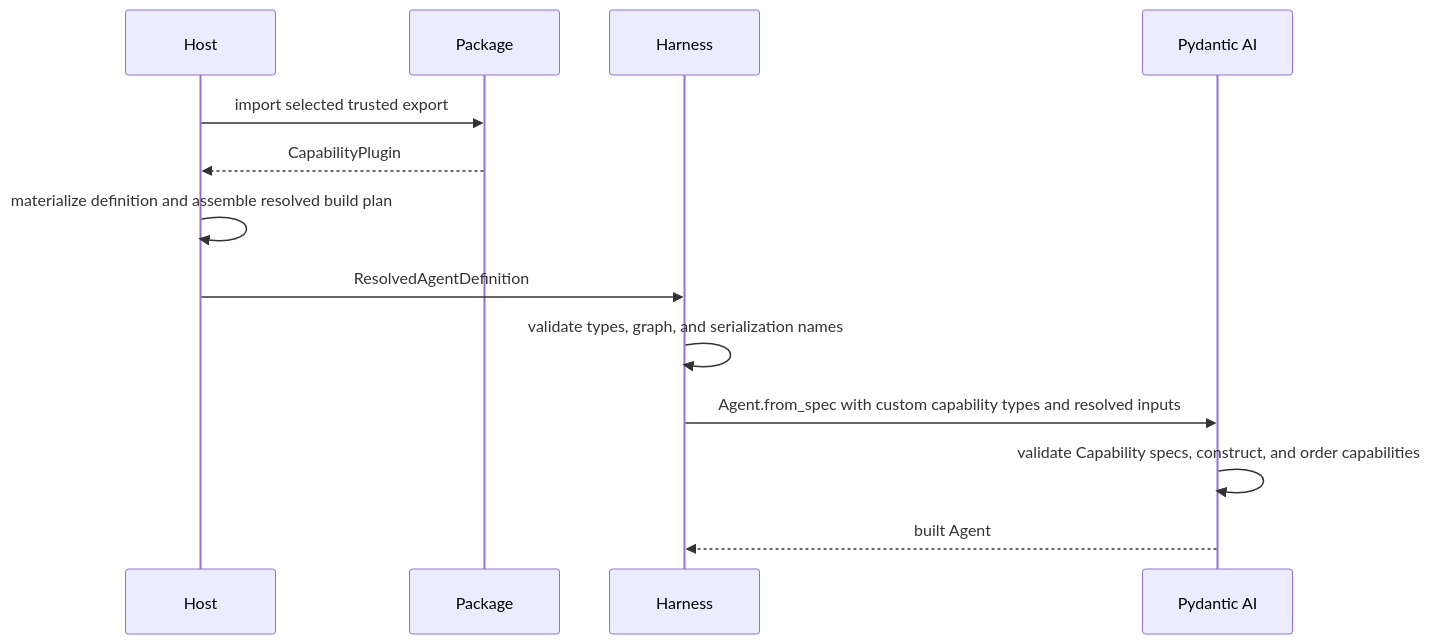
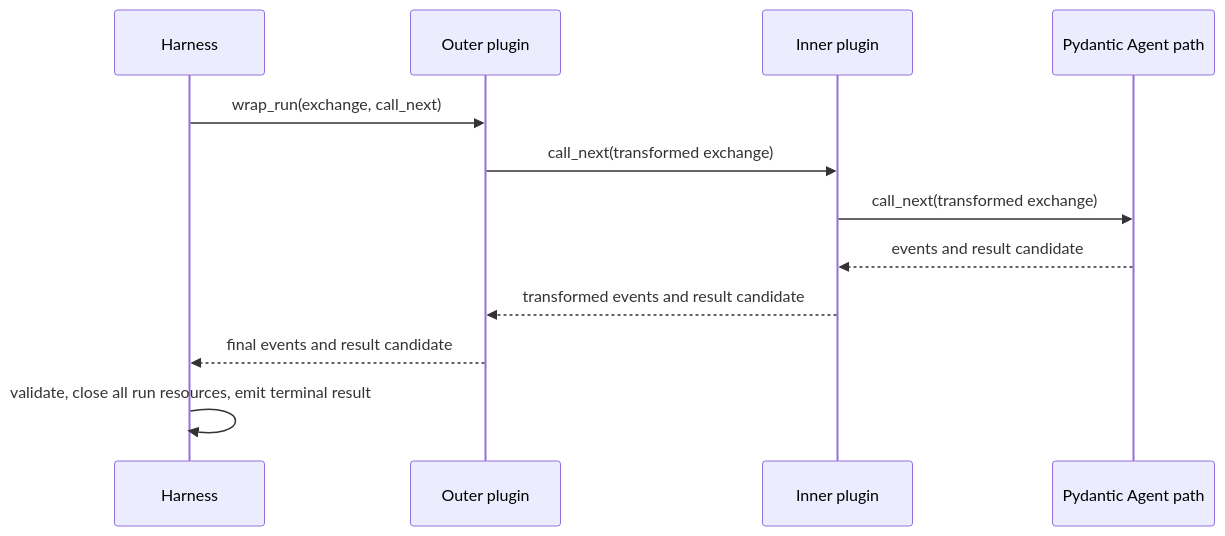
One commit to LTThreeComma/agent-foundation changed the second of 2 diagrams in spec/agent-harness/05-plugin-system.md. Above: the diagram before and after it, drawn with Mermaid. The commit also changed other lines of this file and 21 other files, not shown here.

First line of the commit message:
feat(harness): define first-class plugin lifecycle

````diff
--- a/spec/agent-harness/05-plugin-system.md
+++ b/spec/agent-harness/05-plugin-system.md
@@ -142,16 +198,15 @@
 ```mermaid
 sequenceDiagram
-    participant Host
-    participant Package
     participant Harness
-    participant PAI as Pydantic AI
+    participant Outer as Outer plugin
+    participant Inner as Inner plugin
+    participant Agent as Pydantic Agent path
 
-    Host->>Package: import selected trusted export
-    Package-->>Host: CapabilityPlugin
-    Host->>Host: materialize definition and assemble resolved build plan
-    Host->>Harness: ResolvedAgentDefinition
-    Harness->>Harness: validate types, graph, and serialization names
-    Harness->>PAI: Agent.from_spec with custom capability types and resolved inputs
-    PAI->>PAI: validate Capability specs, construct, and order capabilities
-    PAI-->>Harness: built Agent
+    Harness->>Outer: wrap_run(exchange, call_next)
+    Outer->>Inner: call_next(transformed exchange)
+    Inner->>Agent: call_next(transformed exchange)
+    Agent-->>Inner: events and result candidate
+    Inner-->>Outer: transformed events and result candidate
+    Outer-->>Harness: final events and result candidate
+    Harness->>Harness: validate, close all run resources, emit terminal result
 ```
````
